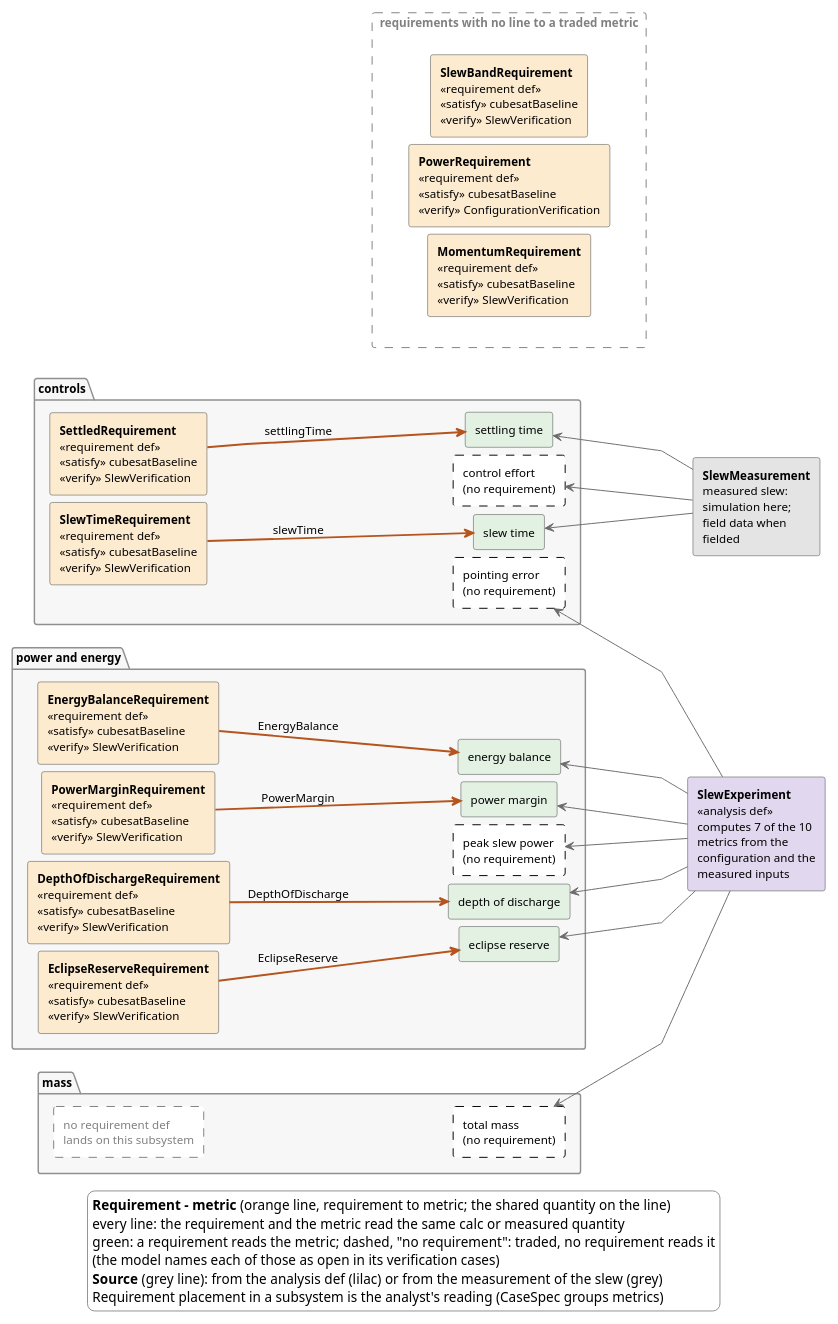
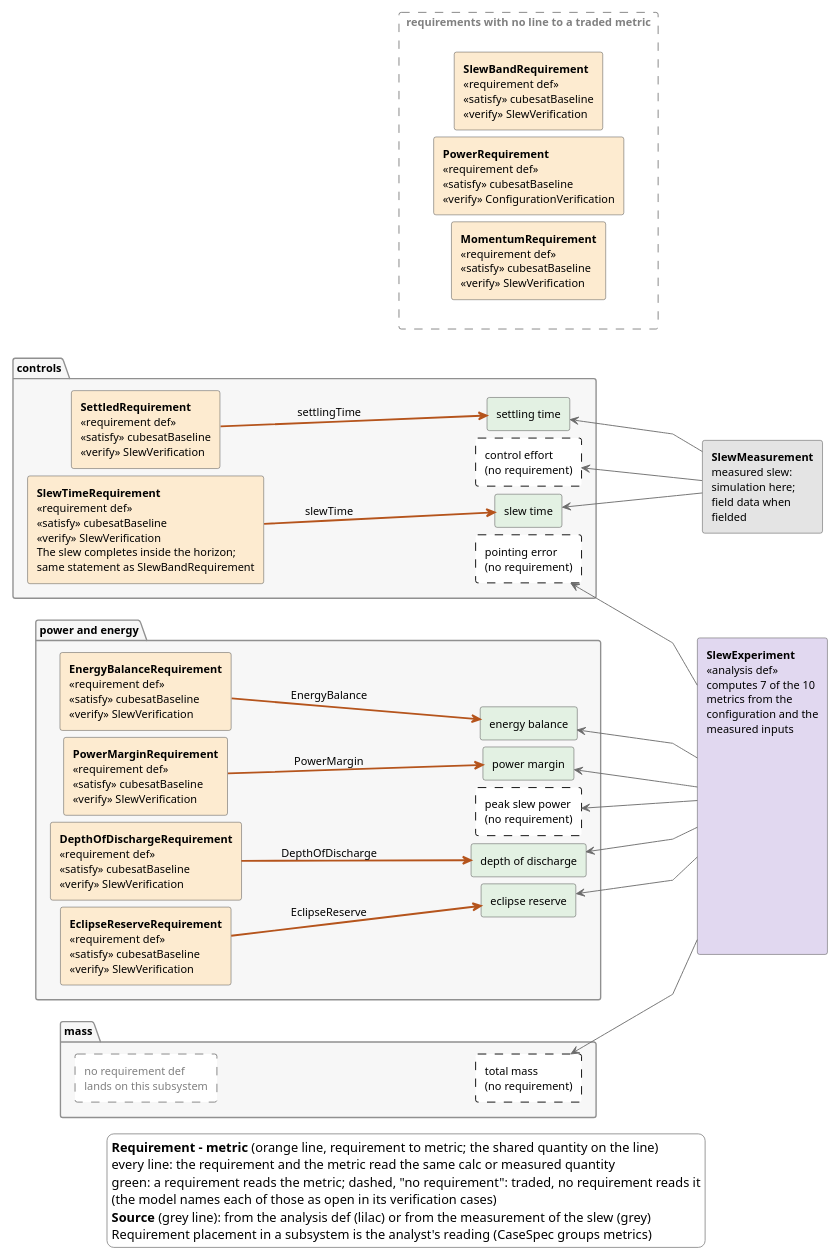
The diagram in docs/superpowers/notes/spike-sysml-diagrams/out/r1/behavioural_view.puml (DynamicalSystemsGroup/hyperbolic-trade-space), drawn with PlantUML before and after one commit. The commit also changed 4 other files, not shown here.

Commit message:
WP22 round 3: analysis box tall enough for separate source lines (R2-2, R2-1 shortened), same-statement note in the requirement box from the model's doc (R2-6); round 3 reviewer record, stopping verdict, gate comparison skeleton

```diff
--- a/docs/superpowers/notes/spike-sysml-diagrams/out/r1/behavioural_view.puml
+++ b/docs/superpowers/notes/spike-sysml-diagrams/out/r1/behavioural_view.puml
@@ -1,99 +1,99 @@
 @startuml
 left to right direction
 skinparam linetype polyline
 skinparam shadowing false
 skinparam defaultFontName SansSerif
 skinparam defaultFontSize 12
 skinparam ClassBackgroundColor white
 skinparam ClassBorderColor #404040
 skinparam ClassAttributeIconSize 0
 skinparam ArrowColor #404040
 skinparam RectangleBackgroundColor white
 skinparam RectangleBorderColor #404040
 skinparam PackageBackgroundColor #F7F7F7
 skinparam PackageBorderColor #909090
 skinparam LegendBackgroundColor white
 skinparam LegendBorderColor #909090
 skinparam nodesep 8
 skinparam ranksep 36
 hide circle
 hide empty members
 
 scale 700 width
 
 package "controls" {
   rectangle "**SettledRequirement**\n<<requirement def>>\n<<satisfy>> cubesatBaseline\n<<verify>> SlewVerification" as xSettledrequirement #FDEBD0
-  rectangle "**SlewTimeRequirement**\n<<requirement def>>\n<<satisfy>> cubesatBaseline\n<<verify>> SlewVerification" as xSlewtimerequirement #FDEBD0
+  rectangle "**SlewTimeRequirement**\n<<requirement def>>\n<<satisfy>> cubesatBaseline\n<<verify>> SlewVerification\nThe slew completes inside the horizon;\nsame statement as SlewBandRequirement" as xSlewtimerequirement #FDEBD0
   rectangle "settling time" as xSettlingTime #E3F1E3
   rectangle "slew time" as xSlewTime #E3F1E3
   rectangle "control effort\n(no requirement)" as xControlEffort #FFFFFF;line:black;line.dashed
   rectangle "pointing error\n(no requirement)" as xPointingError #FFFFFF;line:black;line.dashed
 }
 xSettledrequirement -[hidden]right-> xSlewtimerequirement
 xSettlingTime -[hidden]right-> xSlewTime
 xSlewTime -[hidden]right-> xControlEffort
 xControlEffort -[hidden]right-> xPointingError
 xSettledrequirement -[hidden]-> xSettlingTime
 package "power and energy" {
   rectangle "**PowerMarginRequirement**\n<<requirement def>>\n<<satisfy>> cubesatBaseline\n<<verify>> SlewVerification" as xPowermarginrequirement #FDEBD0
   rectangle "**EnergyBalanceRequirement**\n<<requirement def>>\n<<satisfy>> cubesatBaseline\n<<verify>> SlewVerification" as xEnergybalancerequirement #FDEBD0
   rectangle "**EclipseReserveRequirement**\n<<requirement def>>\n<<satisfy>> cubesatBaseline\n<<verify>> SlewVerification" as xEclipsereserverequirement #FDEBD0
   rectangle "**DepthOfDischargeRequirement**\n<<requirement def>>\n<<satisfy>> cubesatBaseline\n<<verify>> SlewVerification" as xDepthofdischargerequirement #FDEBD0
   rectangle "power margin" as xPowerMargin #E3F1E3
   rectangle "energy balance" as xEnergyBalance #E3F1E3
   rectangle "eclipse reserve" as xEclipseReserve #E3F1E3
   rectangle "depth of discharge" as xDepthOfDischarge #E3F1E3
   rectangle "peak slew power\n(no requirement)" as xPeakSlewPower #FFFFFF;line:black;line.dashed
 }
 xPowermarginrequirement -[hidden]right-> xEnergybalancerequirement
 xEnergybalancerequirement -[hidden]right-> xEclipsereserverequirement
 xEclipsereserverequirement -[hidden]right-> xDepthofdischargerequirement
 xPowerMargin -[hidden]right-> xEnergyBalance
 xEnergyBalance -[hidden]right-> xEclipseReserve
 xEclipseReserve -[hidden]right-> xDepthOfDischarge
 xDepthOfDischarge -[hidden]right-> xPeakSlewPower
 xPowermarginrequirement -[hidden]-> xPowerMargin
 package "mass" {
   rectangle "no requirement def\nlands on this subsystem" as xNonemass #FFFFFF;line:gray;line.dashed;text:gray
   rectangle "total mass\n(no requirement)" as xTotalMass #FFFFFF;line:black;line.dashed
 }
 xNonemass -[hidden]-> xTotalMass
 rectangle "requirements with no line to a traded metric" as xNoLine #FFFFFF;line:gray;line.dashed;text:gray {
   rectangle "**MomentumRequirement**\n<<requirement def>>\n<<satisfy>> cubesatBaseline\n<<verify>> SlewVerification" as xMomentumrequirement #FDEBD0
   rectangle "**PowerRequirement**\n<<requirement def>>\n<<satisfy>> cubesatBaseline\n<<verify>> ConfigurationVerification" as xPowerrequirement #FDEBD0
   rectangle "**SlewBandRequirement**\n<<requirement def>>\n<<satisfy>> cubesatBaseline\n<<verify>> SlewVerification" as xSlewbandrequirement #FDEBD0
   xMomentumrequirement -[hidden]right-> xPowerrequirement
   xPowerrequirement -[hidden]right-> xSlewbandrequirement
 }
 xNoLine -[hidden]right-> xTotalMass
 
-rectangle "**SlewExperiment**\n<<analysis def>>\ncomputes 7 of the 10\nmetrics from the\nconfiguration and the\nmeasured inputs" as xAnalysis #E1D8F0
+rectangle "**SlewExperiment**\n<<analysis def>>\ncomputes 7 of the 10\nmetrics from the\nconfiguration and the\nmeasured inputs\n\n\n\n\n\n\n\n\n\n\n\n\n\n" as xAnalysis #E1D8F0
 rectangle "**SlewMeasurement**\nmeasured slew:\nsimulation here;\nfield data when\nfielded" as xMeasure #E4E4E4
 xMeasure -[hidden]right-> xAnalysis
 
 xDepthofdischargerequirement -[#B5541C,thickness=2]-> xDepthOfDischarge : DepthOfDischarge
 xEclipsereserverequirement -[#B5541C,thickness=2]-> xEclipseReserve : EclipseReserve
 xEnergybalancerequirement -[#B5541C,thickness=2]-> xEnergyBalance : EnergyBalance
 xPowermarginrequirement -[#B5541C,thickness=2]-> xPowerMargin : PowerMargin
 xSettledrequirement -[#B5541C,thickness=2]-> xSettlingTime : settlingTime
 xSlewtimerequirement -[#B5541C,thickness=2]-> xSlewTime : slewTime
 xSettlingTime <-[#6B6B6B]- xMeasure
 xSlewTime <-[#6B6B6B]- xMeasure
 xPointingError <-[#6B6B6B]- xAnalysis
 xTotalMass <-[#6B6B6B]- xAnalysis
 xControlEffort <-[#6B6B6B]- xMeasure
 xPowerMargin <-[#6B6B6B]- xAnalysis
 xEnergyBalance <-[#6B6B6B]- xAnalysis
 xEclipseReserve <-[#6B6B6B]- xAnalysis
 xPeakSlewPower <-[#6B6B6B]- xAnalysis
 xDepthOfDischarge <-[#6B6B6B]- xAnalysis
 
 legend bottom
   **Requirement - metric** (orange line, requirement to metric; the shared quantity on the line)
   every line: the requirement and the metric read the same calc or measured quantity
   green: a requirement reads the metric; dashed, "no requirement": traded, no requirement reads it
   (the model names each of those as open in its verification cases)
   **Source** (grey line): from the analysis def (lilac) or from the measurement of the slew (grey)
   Requirement placement in a subsystem is the analyst's reading (CaseSpec groups metrics)
 end legend
 @enduml
```
